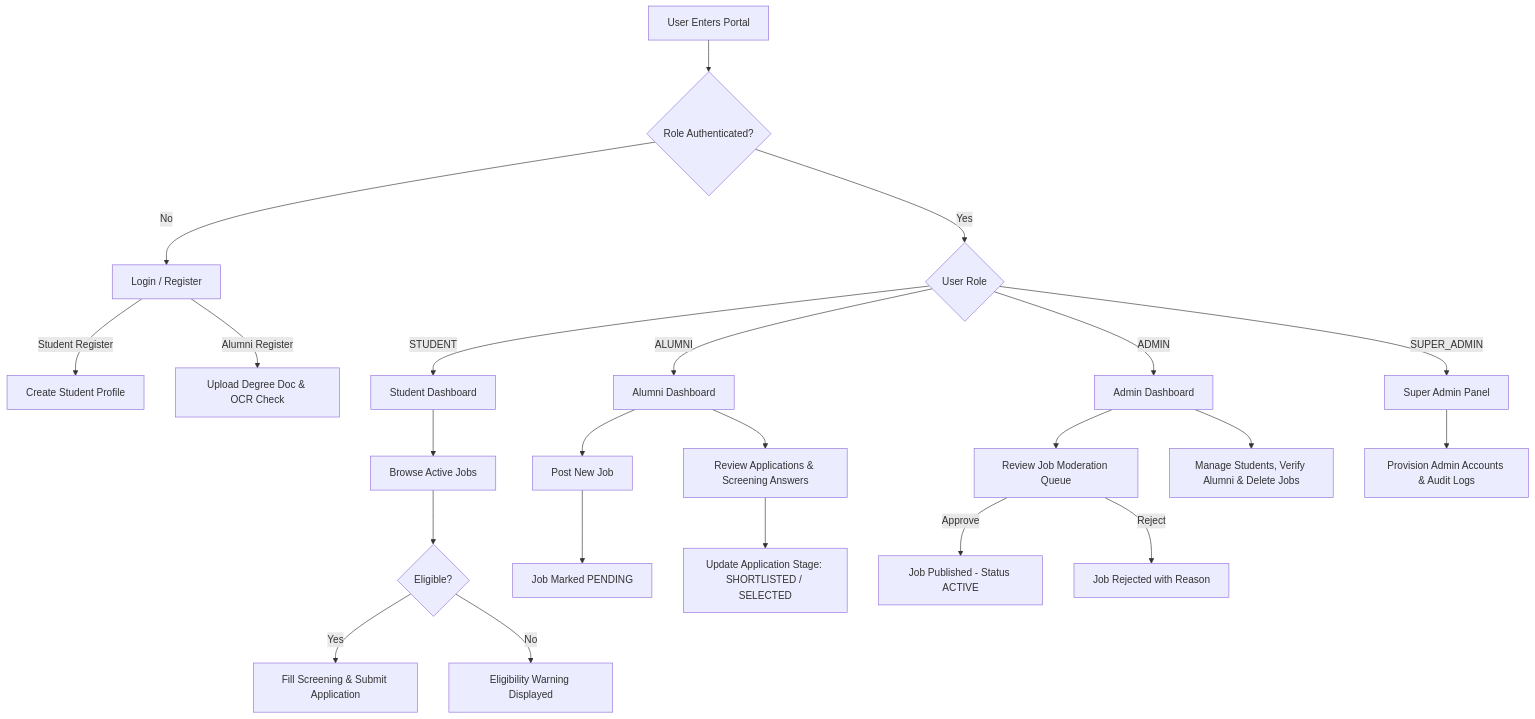
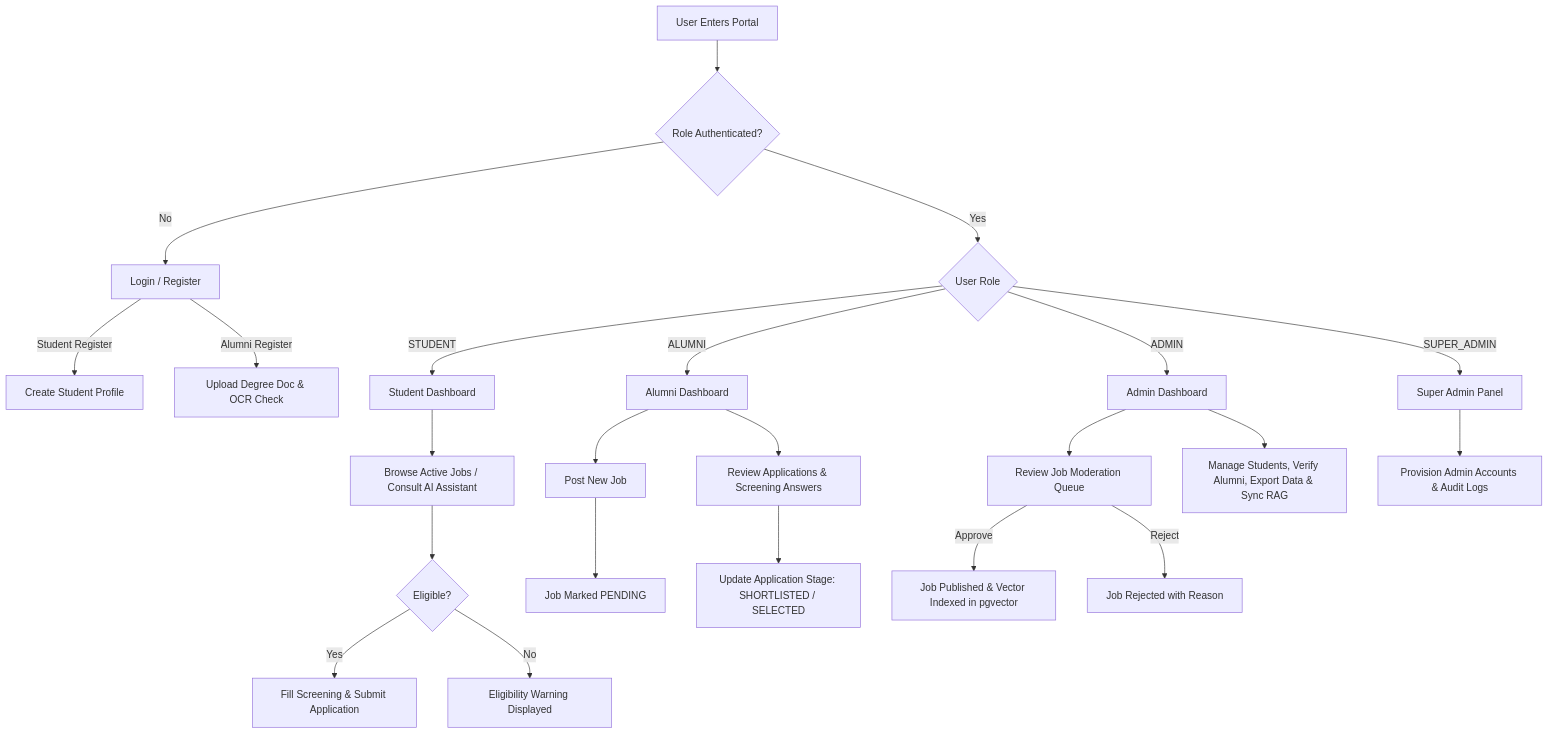
Before and after one commit to Prasanna-Anjaneyulu078/VVITU_Placement_Portal: the first of 2 diagrams in README.md, drawn with Mermaid. The commit also changed other lines of this file, not shown here.

Commit message:
docs: update README with documentation for Google Gemini AI assistant and pgvector RAG integration

````diff
--- a/README.md
+++ b/README.md
@@ -120,31 +134,25 @@
 ```mermaid
 flowchart TD
     A[User Enters Portal] --> B{Role Authenticated?}
     B -->|No| C[Login / Register]
     B -->|Yes| D{User Role}
-
     C -->|Student Register| E[Create Student Profile]
     C -->|Alumni Register| F[Upload Degree Doc & OCR Check]
-
     D -->|STUDENT| G[Student Dashboard]
     D -->|ALUMNI| H[Alumni Dashboard]
     D -->|ADMIN| I[Admin Dashboard]
     D -->|SUPER_ADMIN| J[Super Admin Panel]
-
     H --> K[Post New Job]
     K --> L[Job Marked PENDING]
     I --> M[Review Job Moderation Queue]
-    M -->|Approve| N[Job Published - Status ACTIVE]
+    M -->|Approve| N[Job Published & Vector Indexed in pgvector]
     M -->|Reject| O[Job Rejected with Reason]
-
-    G --> P[Browse Active Jobs]
+    G --> P[Browse Active Jobs / Consult AI Assistant]
     P --> Q{Eligible?}
     Q -->|Yes| R[Fill Screening & Submit Application]
     Q -->|No| S[Eligibility Warning Displayed]
-
     H --> T[Review Applications & Screening Answers]
     T --> U[Update Application Stage: SHORTLISTED / SELECTED]
-    
-    I --> V[Manage Students, Verify Alumni & Delete Jobs]
+    I --> V[Manage Students, Verify Alumni, Export Data & Sync RAG]
     J --> W[Provision Admin Accounts & Audit Logs]
 ```
````
